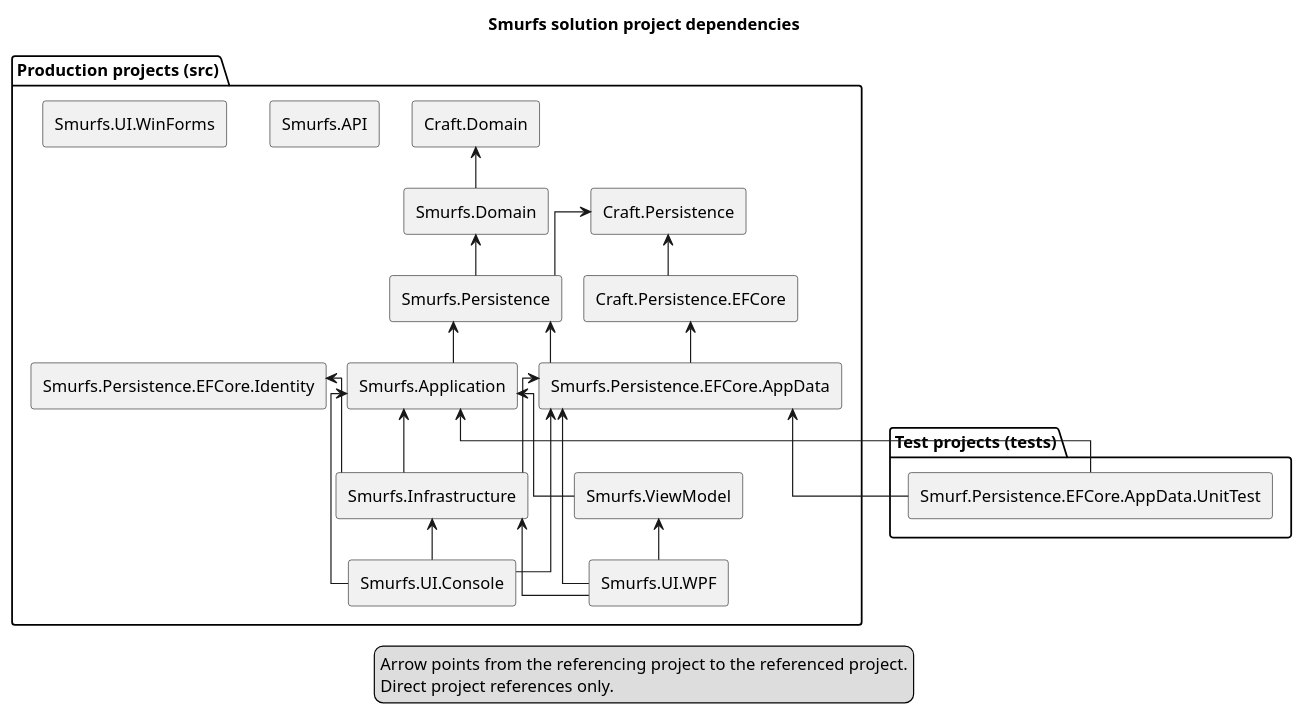
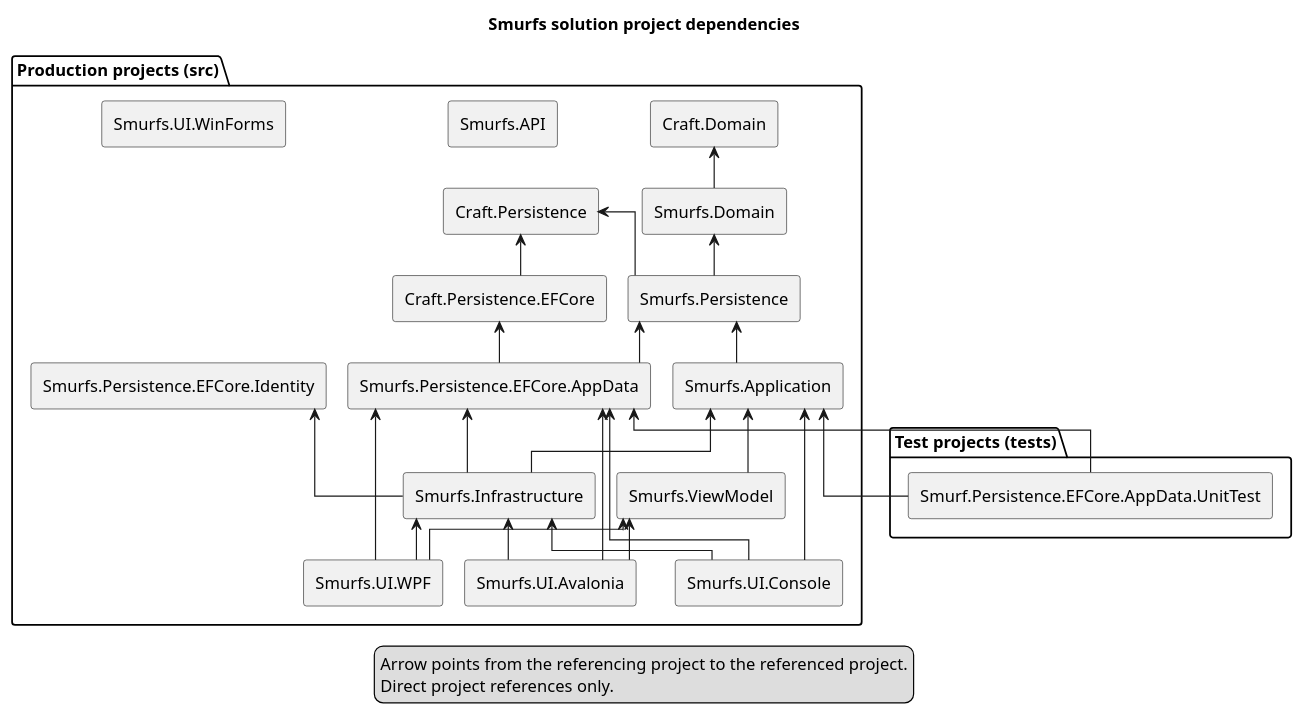
One commit to EbbeMeloSorensen/Smurfs changed the diagram in docs/structural/diagrams/project-dependencies.puml. Above: the diagram before and after it, drawn with PlantUML. The commit also changed 7 other files, not shown here.

```diff
--- a/docs/structural/diagrams/project-dependencies.puml
+++ b/docs/structural/diagrams/project-dependencies.puml
@@ -1,54 +1,58 @@
 @startuml
 title Smurfs solution project dependencies
 ' Keep nodes and arrows aligned with Smurfs.sln and direct ProjectReference items.
 skinparam componentStyle rectangle
 skinparam linetype ortho
 skinparam nodesep 18
 skinparam ranksep 35
 
 package "Production projects (src)" {
   component "Craft.Domain" as Craft_Domain
   component "Craft.Persistence" as Craft_Persistence
   component "Craft.Persistence.EFCore" as Craft_Persistence_EFCore
   component "Smurfs.API" as Smurfs_API
   component "Smurfs.Application" as Smurfs_Application
   component "Smurfs.Domain" as Smurfs_Domain
   component "Smurfs.Infrastructure" as Smurfs_Infrastructure
   component "Smurfs.Persistence" as Smurfs_Persistence
   component "Smurfs.Persistence.EFCore.AppData" as Smurfs_Persistence_EFCore_AppData
   component "Smurfs.Persistence.EFCore.Identity" as Smurfs_Persistence_EFCore_Identity
+  component "Smurfs.UI.Avalonia" as Smurfs_UI_Avalonia
   component "Smurfs.UI.Console" as Smurfs_UI_Console
   component "Smurfs.UI.WinForms" as Smurfs_UI_WinForms
   component "Smurfs.UI.WPF" as Smurfs_UI_WPF
   component "Smurfs.ViewModel" as Smurfs_ViewModel
 }
 
 package "Test projects (tests)" {
   component "Smurf.Persistence.EFCore.AppData.UnitTest" as Smurf_Persistence_EFCore_AppData_UnitTest
 }
 
 Craft_Persistence_EFCore -up-> Craft_Persistence
 Smurfs_Application -up-> Smurfs_Persistence
 Smurfs_Domain -up-> Craft_Domain
 Smurfs_Infrastructure -up-> Smurfs_Application
 Smurfs_Infrastructure -up-> Smurfs_Persistence_EFCore_AppData
 Smurfs_Infrastructure -up-> Smurfs_Persistence_EFCore_Identity
 Smurfs_Persistence -up-> Craft_Persistence
 Smurfs_Persistence -up-> Smurfs_Domain
 Smurfs_Persistence_EFCore_AppData -up-> Craft_Persistence_EFCore
 Smurfs_Persistence_EFCore_AppData -up-> Smurfs_Persistence
+Smurfs_UI_Avalonia -up-> Smurfs_Infrastructure
+Smurfs_UI_Avalonia -up-> Smurfs_Persistence_EFCore_AppData
+Smurfs_UI_Avalonia -up-> Smurfs_ViewModel
 Smurfs_UI_Console -up-> Smurfs_Application
 Smurfs_UI_Console -up-> Smurfs_Infrastructure
 Smurfs_UI_Console -up-> Smurfs_Persistence_EFCore_AppData
 Smurfs_UI_WPF -up-> Smurfs_Infrastructure
 Smurfs_UI_WPF -up-> Smurfs_Persistence_EFCore_AppData
 Smurfs_UI_WPF -up-> Smurfs_ViewModel
 Smurfs_ViewModel -up-> Smurfs_Application
 Smurf_Persistence_EFCore_AppData_UnitTest -up-> Smurfs_Application
 Smurf_Persistence_EFCore_AppData_UnitTest -up-> Smurfs_Persistence_EFCore_AppData
 
 legend bottom
   Arrow points from the referencing project to the referenced project.
   Direct project references only.
 endlegend
 @enduml
```
